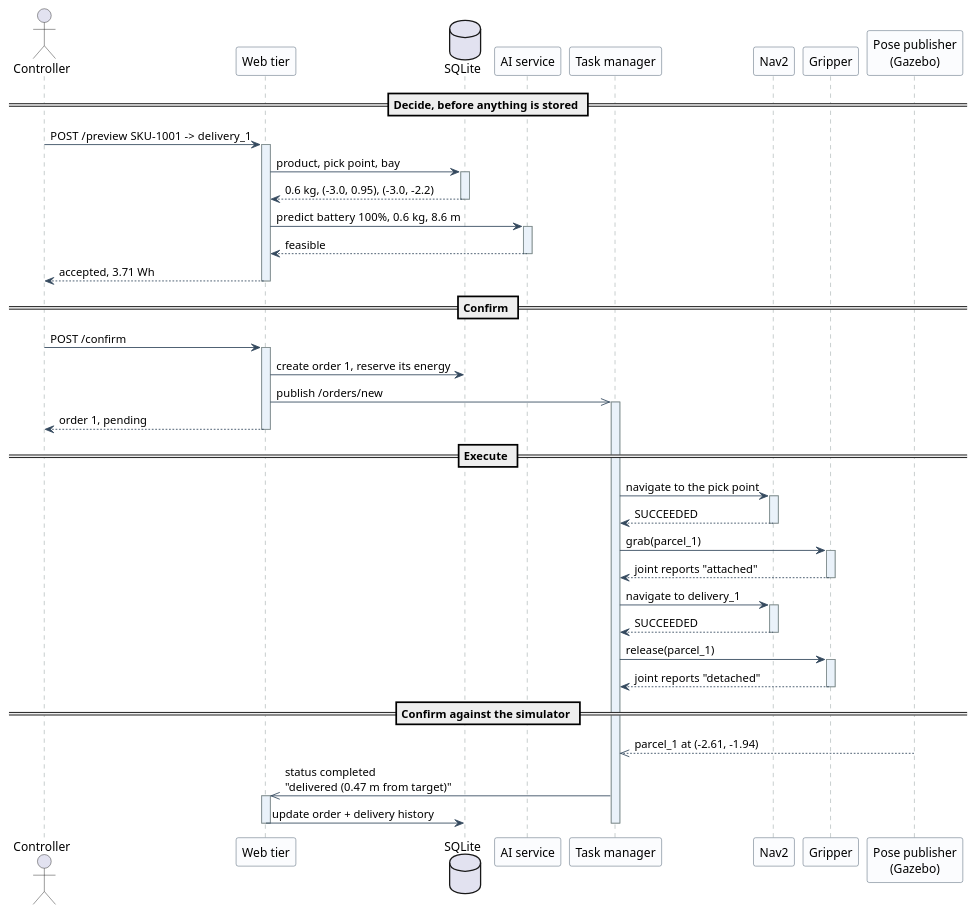
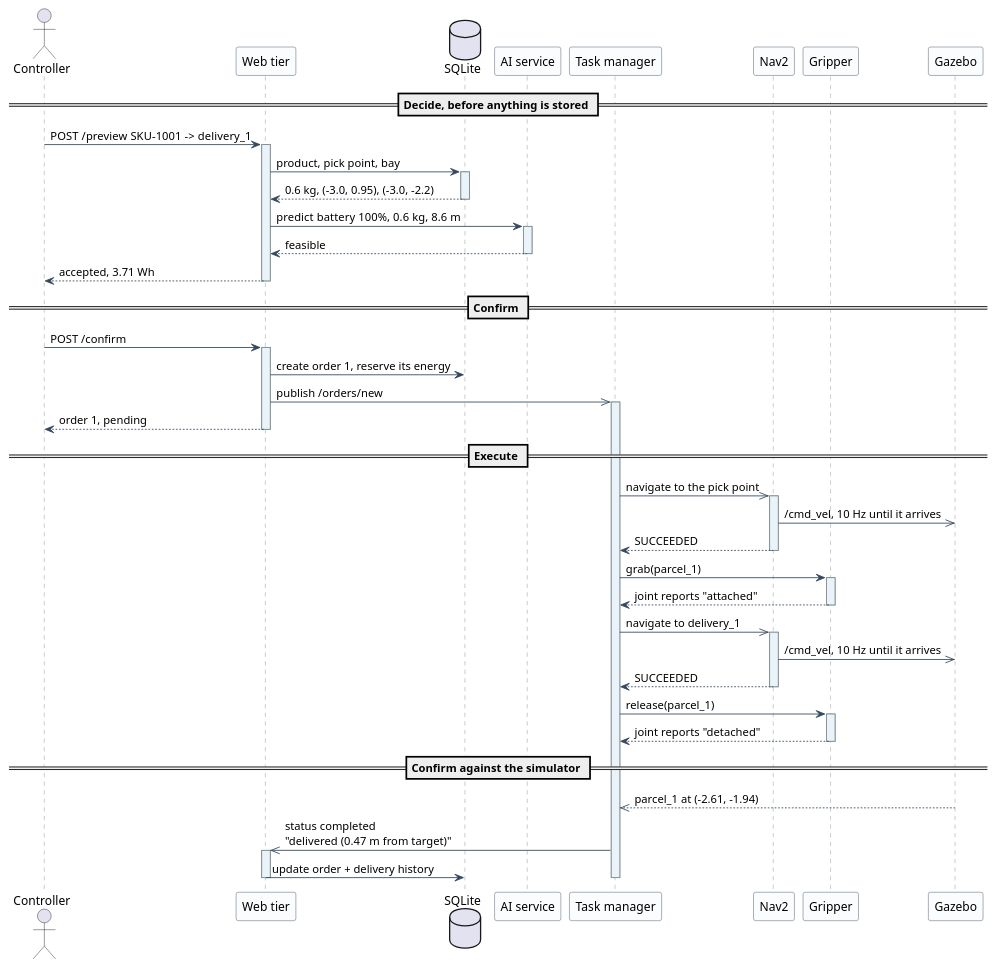
One commit to ArianShafagh/robofetch changed the diagram in report/uml/03-sequence-order-success.puml. Above: the diagram before and after it, drawn with PlantUML. The commit also changed 4 other files, not shown here.

```diff
--- a/report/uml/03-sequence-order-success.puml
+++ b/report/uml/03-sequence-order-success.puml
@@ -11,54 +11,56 @@
 @startuml
 skinparam backgroundColor White
 skinparam shadowing false
 skinparam sequence {
   ArrowColor #34495E
   LifeLineBorderColor #7F8C8D
   ParticipantBorderColor #34495E
   ParticipantBackgroundColor #FBFCFE
   LifeLineBackgroundColor #EAF2FA
 }
 
 
 actor Controller as C
 participant "Web tier" as API
 database "SQLite" as DB
 participant "AI service" as AI
 participant "Task manager" as TM
 participant "Nav2" as NAV
 participant "Gripper" as GR
-participant "Pose publisher\n(Gazebo)" as GZ
+participant "Gazebo" as GZ
 
 == Decide, before anything is stored ==
 C -> API ++ : POST /preview  SKU-1001 -> delivery_1
 API -> DB ++ : product, pick point, bay
 DB --> API -- : 0.6 kg, (-3.0, 0.95), (-3.0, -2.2)
 API -> AI ++ : predict  battery 100%, 0.6 kg, 8.6 m
 AI --> API -- : feasible
 API --> C -- : accepted, 3.71 Wh
 
 == Confirm ==
 C -> API ++ : POST /confirm
 API -> DB : create order 1, reserve its energy
 API ->> TM ++ : publish /orders/new
 API --> C -- : order 1, pending
 
 == Execute ==
-TM -> NAV ++ : navigate to the pick point
+TM ->> NAV ++ : navigate to the pick point
+NAV ->> GZ : /cmd_vel, 10 Hz until it arrives
 NAV --> TM -- : SUCCEEDED
 TM -> GR ++ : grab(parcel_1)
 GR --> TM -- : joint reports "attached"
-TM -> NAV ++ : navigate to delivery_1
+TM ->> NAV ++ : navigate to delivery_1
+NAV ->> GZ : /cmd_vel, 10 Hz until it arrives
 NAV --> TM -- : SUCCEEDED
 TM -> GR ++ : release(parcel_1)
 GR --> TM -- : joint reports "detached"
 
 == Confirm against the simulator ==
 GZ -->> TM : parcel_1 at (-2.61, -1.94)
 TM ->> API : status completed\n"delivered (0.47 m from target)"
 activate API
 API -> DB : update order + delivery history
 deactivate API
 deactivate TM
 
 @enduml
```
